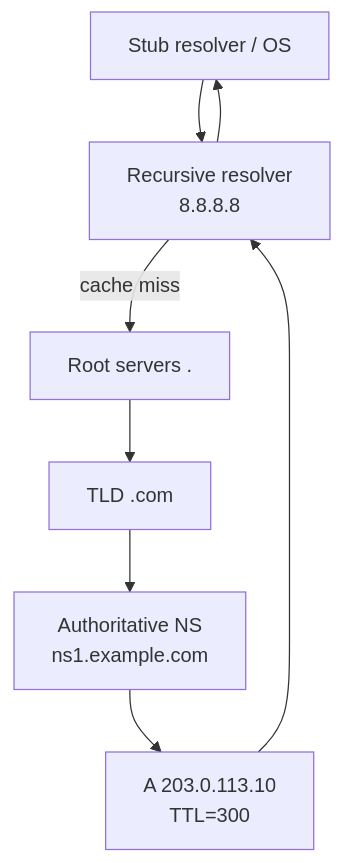
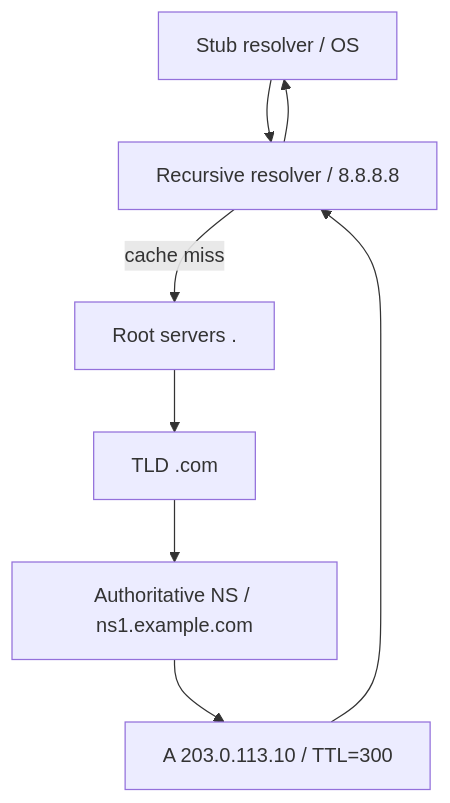
Before and after one commit to hareramcse/SystemDesign: the ninth of 24 diagrams in 01-networking/README.md, drawn with Mermaid. The commit also changed other lines of this file and 14 other files, not shown here.

````diff
--- a/01-networking/README.md
+++ b/01-networking/README.md
@@ -617,10 +617,10 @@
 ```mermaid
 flowchart TB
-    Client[Stub resolver / OS] --> Rec[Recursive resolver<br/>8.8.8.8]
+    Client[Stub resolver / OS] --> Rec[Recursive resolver / 8.8.8.8]
     Rec -->|cache miss| Root[Root servers .]
     Root --> TLD[TLD .com]
-    TLD --> Auth[Authoritative NS<br/>ns1.example.com]
-    Auth --> Ans[A 203.0.113.10<br/>TTL=300]
+    TLD --> Auth[Authoritative NS / ns1.example.com]
+    Auth --> Ans[A 203.0.113.10 / TTL=300]
     Ans --> Rec
     Rec --> Client
 ```
````
